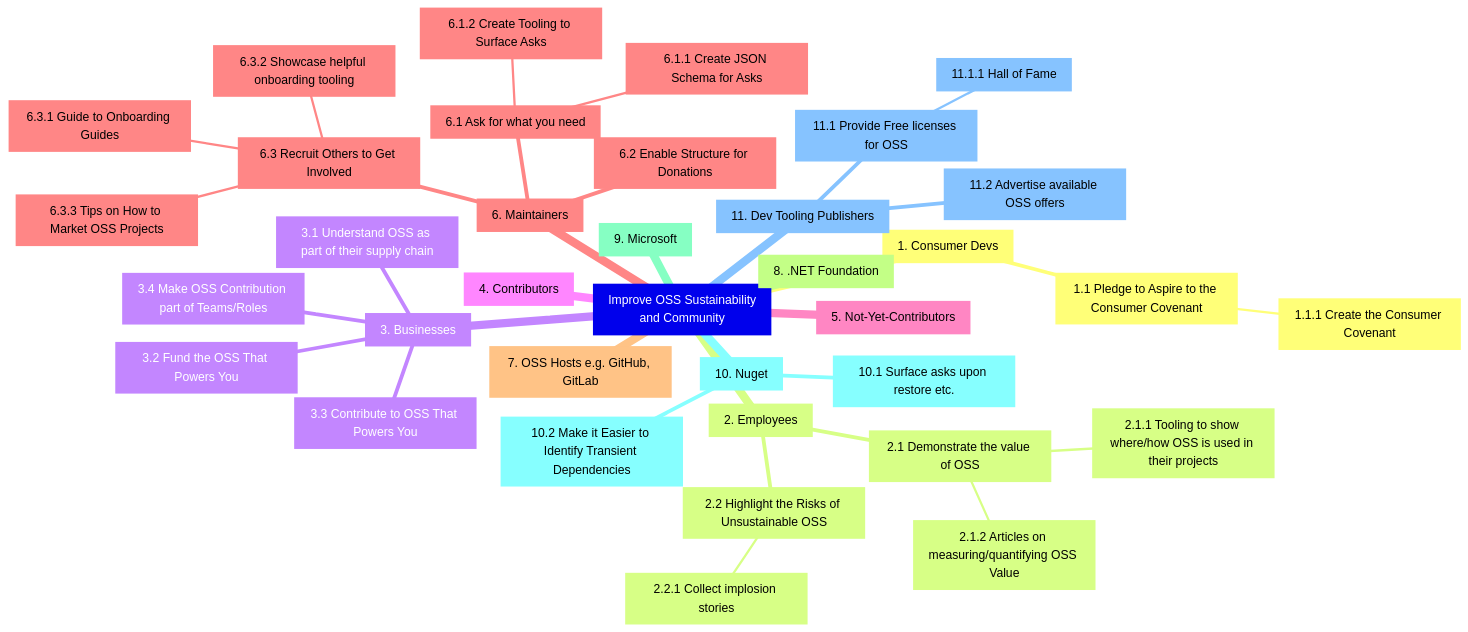
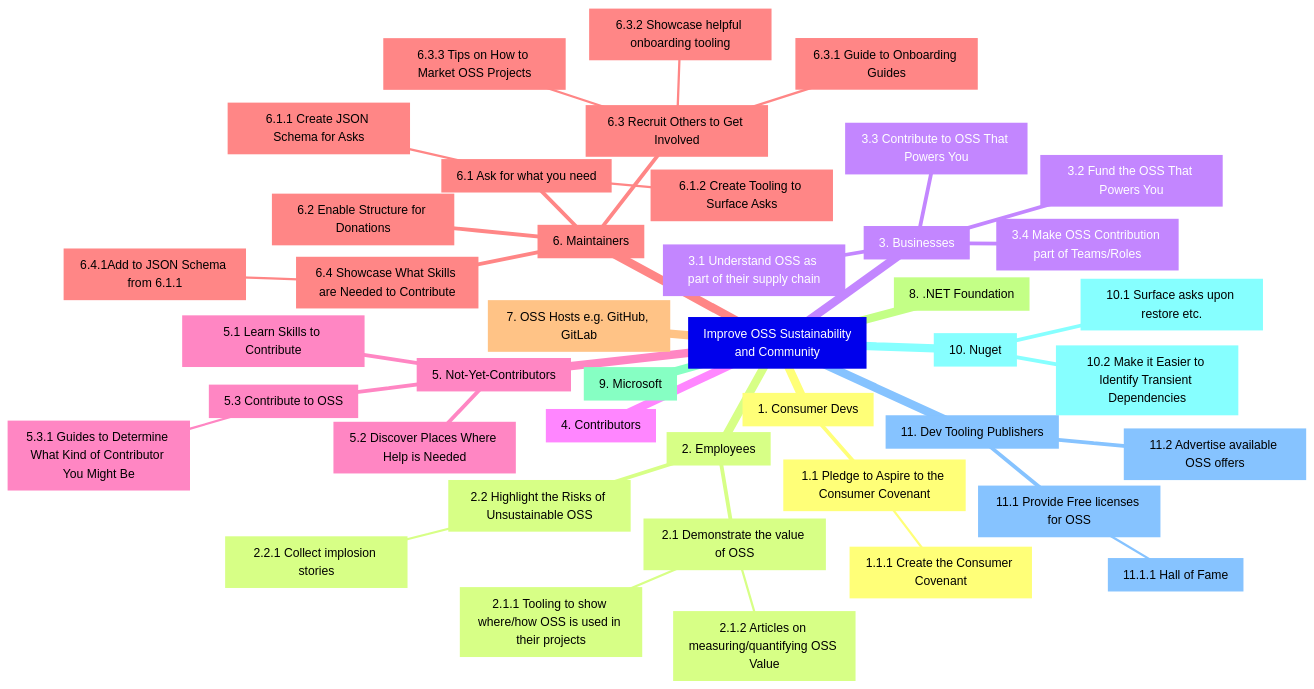
One commit to ossrich/home changed the diagram in ImpactMap.md. Above: the diagram before and after it, drawn with Mermaid.

````diff
--- a/ImpactMap.md
+++ b/ImpactMap.md
@@ -20,39 +20,45 @@
 ```mermaid
 mindmap
   root[Improve OSS Sustainability<br/>and Community]
     1[1. Consumer Devs]
       1.1[1.1 Pledge to Aspire to the Consumer Covenant]
         1.1.1[1.1.1 Create the Consumer Covenant]
     2[2. Employees]
       2.1[2.1 Demonstrate the value of OSS]
         2.1.1[2.1.1 Tooling to show where/how OSS is used in their projects]
         2.1.2[2.1.2 Articles on measuring/quantifying OSS Value]
       2.2[2.2 Highlight the Risks of Unsustainable OSS]
         2.2.1[2.2.1 Collect implosion stories]
     3[3. Businesses]
       3.1[3.1 Understand OSS as part of their supply chain]
       3.2[3.2 Fund the OSS That Powers You]
       3.3[3.3 Contribute to OSS That Powers You]
       3.4[3.4 Make OSS Contribution part of Teams/Roles]
     4[4. Contributors]
     5[5. Not-Yet-Contributors]
+      5.1[5.1 Learn Skills to Contribute]
+      5.2[5.2 Discover Places Where Help is Needed]
+      5.3[5.3 Contribute to OSS]
+        5.3.1[5.3.1 Guides to Determine What Kind of Contributor You Might Be]
     6[6. Maintainers]
       6.1[6.1 Ask for what you need]
         6.1.1[6.1.1 Create JSON Schema for Asks]
         6.1.2[6.1.2 Create Tooling to Surface Asks]
       6.2[6.2 Enable Structure for Donations]
       6.3[6.3 Recruit Others to Get Involved]
         6.3.1[6.3.1 Guide to Onboarding Guides]
         6.3.2[6.3.2 Showcase helpful onboarding tooling]
         6.3.3[6.3.3 Tips on How to Market OSS Projects]
+      6.4[6.4 Showcase What Skills are Needed to Contribute]
+        6.4.1[6.4.1Add to JSON Schema from 6.1.1]
     7[7. OSS Hosts e.g. GitHub, GitLab]
     8[8. .NET Foundation]
     9[9. Microsoft]
     10[10. Nuget]
       10.1[10.1 Surface asks upon restore etc.]
       10.2[10.2 Make it Easier to Identify Transient Dependencies]
     11[11. Dev Tooling Publishers]
       11.1[11.1 Provide Free licenses for OSS]
         11.1.1[11.1.1 Hall of Fame]
       11.2[11.2 Advertise available OSS offers]
 ```
````
